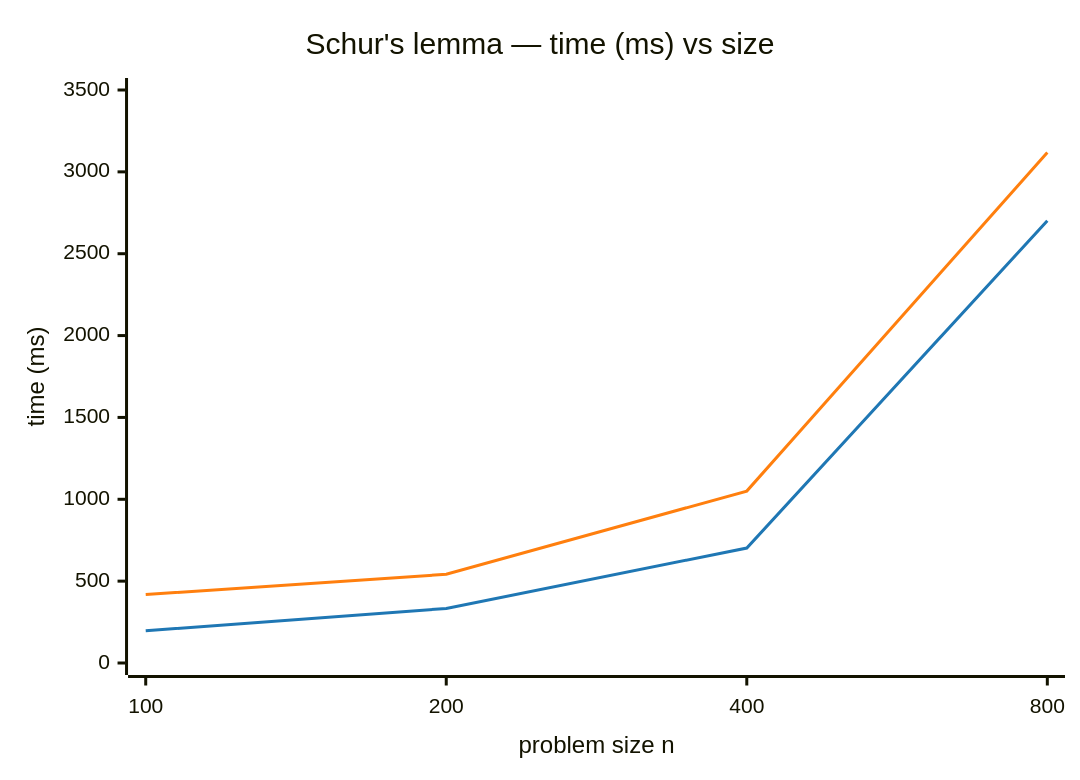
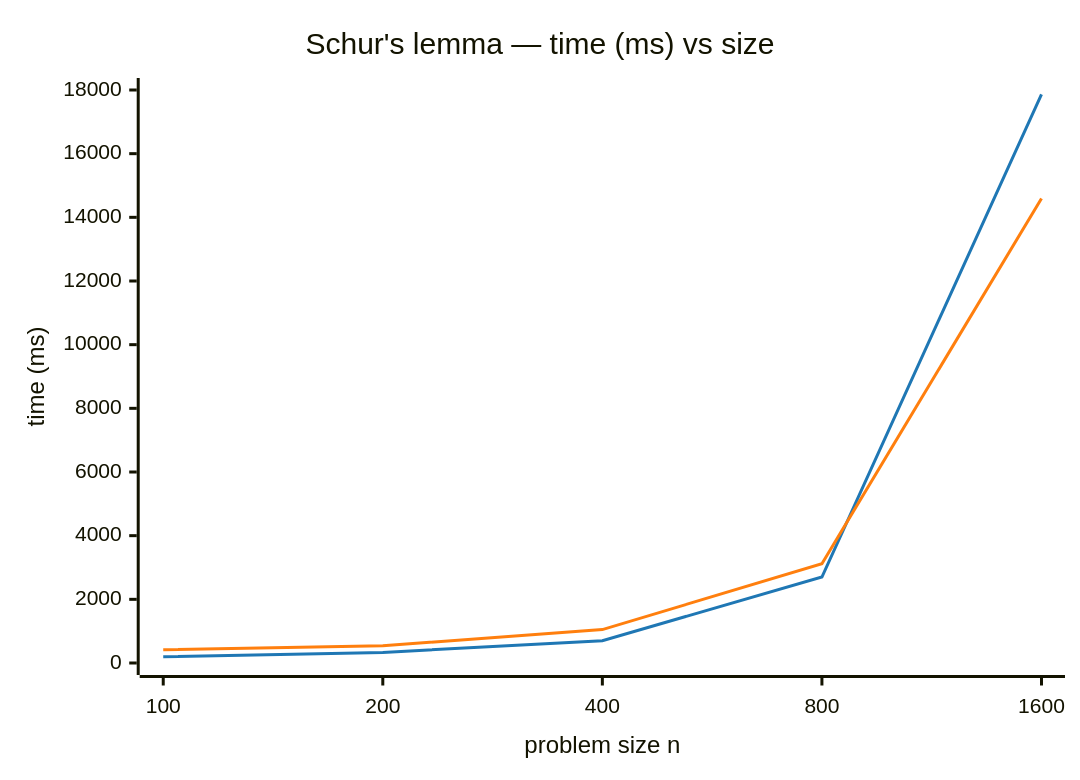
The second of 5 diagrams in articles/NuCS vs Choco/nucs-vs-choco.md (yangeorget/nucs), drawn with Mermaid before and after one commit. The commit also changed other lines of this file and 5 other files, not shown here.

````diff
--- a/articles/NuCS vs Choco/nucs-vs-choco.md
+++ b/articles/NuCS vs Choco/nucs-vs-choco.md
@@ -166,9 +218,9 @@
 ```mermaid
 %%{init: {"themeVariables": {"xyChart": {"plotColorPalette": "#1f77b4, #ff7f0e"}}}}%%
 xychart-beta
     title "Schur's lemma — time (ms) vs size"
-    x-axis "problem size n" [100, 200, 400, 800]
-    y-axis "time (ms)" 0 --> 3500
-    line [197, 333, 702, 2701]
-    line [418, 542, 1050, 3118]
+    x-axis "problem size n" [100, 200, 400, 800, 1600]
+    y-axis "time (ms)" 0 --> 18000
+    line [197, 333, 702, 2701, 17864]
+    line [418, 542, 1050, 3118, 14592]
 ```
````
